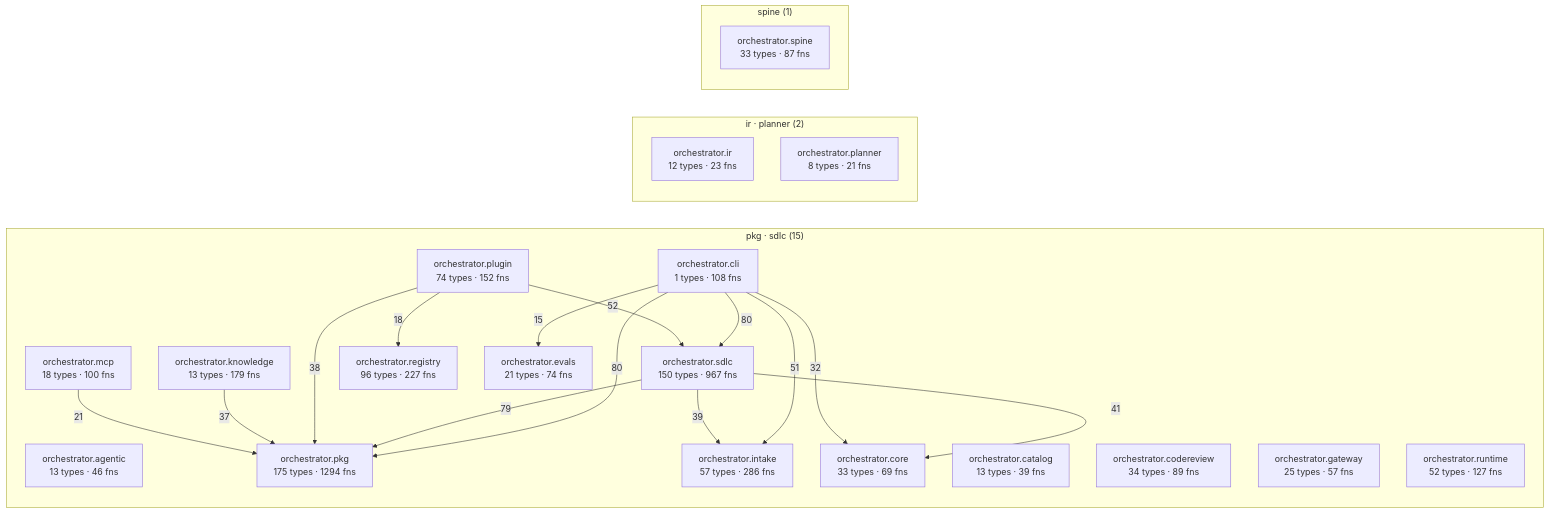
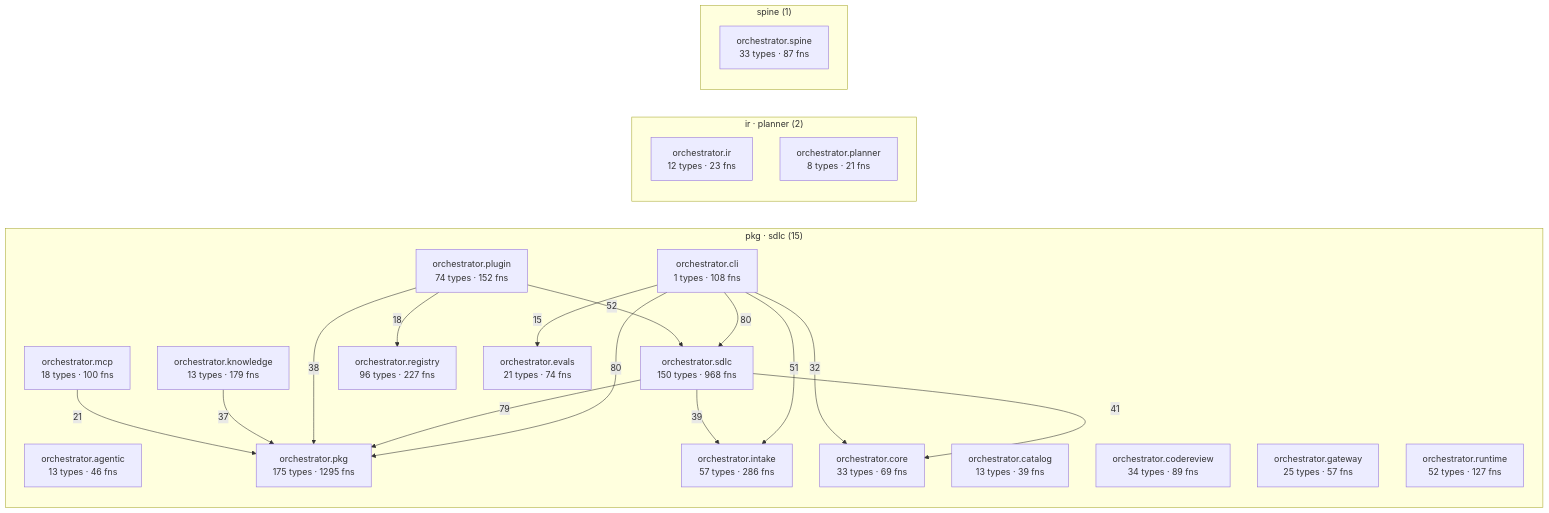
One commit to synaptixs/spine changed the diagram in episteme/architecture.md. Above: the diagram before and after it, drawn with Mermaid. The commit also changed other lines of this file and 9 other files, not shown here.

````diff
--- a/episteme/architecture.md
+++ b/episteme/architecture.md
@@ -56,40 +56,40 @@
 ```mermaid
 flowchart LR
   subgraph c_2["pkg · sdlc (15)"]
     aorchestratoragentic["orchestrator.agentic<br/>13 types · 46 fns"]
     aorchestratorcatalog["orchestrator.catalog<br/>13 types · 39 fns"]
     aorchestratorcli["orchestrator.cli<br/>1 types · 108 fns"]
     aorchestratorcodereview["orchestrator.codereview<br/>34 types · 89 fns"]
     aorchestratorcore["orchestrator.core<br/>33 types · 69 fns"]
     aorchestratorevals["orchestrator.evals<br/>21 types · 74 fns"]
     aorchestratorgateway["orchestrator.gateway<br/>25 types · 57 fns"]
     aorchestratorintake["orchestrator.intake<br/>57 types · 286 fns"]
     aorchestratorknowledge["orchestrator.knowledge<br/>13 types · 179 fns"]
     aorchestratormcp["orchestrator.mcp<br/>18 types · 100 fns"]
-    aorchestratorpkg["orchestrator.pkg<br/>175 types · 1294 fns"]
+    aorchestratorpkg["orchestrator.pkg<br/>175 types · 1295 fns"]
     aorchestratorplugin["orchestrator.plugin<br/>74 types · 152 fns"]
     aorchestratorregistry["orchestrator.registry<br/>96 types · 227 fns"]
     aorchestratorruntime["orchestrator.runtime<br/>52 types · 127 fns"]
-    aorchestratorsdlc["orchestrator.sdlc<br/>150 types · 967 fns"]
+    aorchestratorsdlc["orchestrator.sdlc<br/>150 types · 968 fns"]
   end
   subgraph c_5["ir · planner (2)"]
     aorchestratorir["orchestrator.ir<br/>12 types · 23 fns"]
     aorchestratorplanner["orchestrator.planner<br/>8 types · 21 fns"]
   end
   subgraph c_10["spine (1)"]
     aorchestratorspine["orchestrator.spine<br/>33 types · 87 fns"]
   end
   aorchestratorcli -->|80| aorchestratorpkg
   aorchestratorcli -->|80| aorchestratorsdlc
   aorchestratorsdlc -->|79| aorchestratorpkg
   aorchestratorplugin -->|52| aorchestratorsdlc
   aorchestratorcli -->|51| aorchestratorintake
   aorchestratorsdlc -->|41| aorchestratorcore
   aorchestratorsdlc -->|39| aorchestratorintake
   aorchestratorplugin -->|38| aorchestratorpkg
   aorchestratorknowledge -->|37| aorchestratorpkg
   aorchestratorcli -->|32| aorchestratorcore
   aorchestratormcp -->|21| aorchestratorpkg
   aorchestratorplugin -->|18| aorchestratorregistry
   aorchestratorcli -->|15| aorchestratorevals
 ```
````
